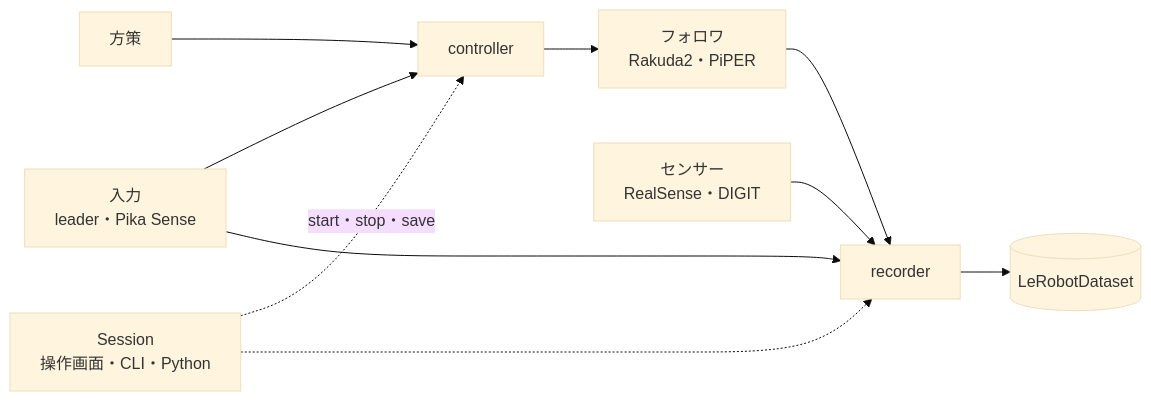
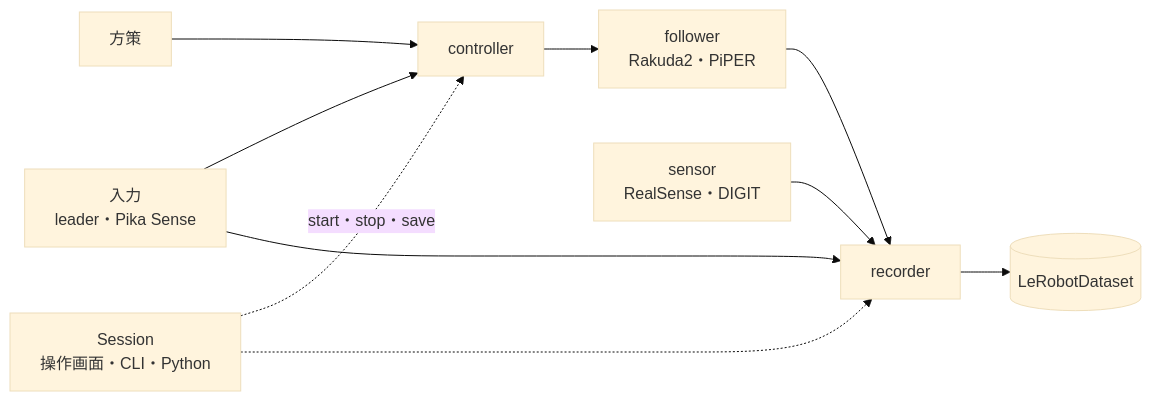
One commit to tetsugo02/roboloom changed the diagram in README.ja.md. Above: the diagram before and after it, drawn with Mermaid (base theme). The commit also changed other lines of this file and 74 other files, not shown here.

````diff
--- a/README.ja.md
+++ b/README.ja.md
@@ -23,13 +23,13 @@
 ```mermaid
 flowchart LR
   S["Session<br/>操作画面・CLI・Python"]
   I["入力<br/>leader・Pika Sense"] --> C["controller"]
   P["方策"] --> C
-  C --> F["フォロワ<br/>Rakuda2・PiPER"]
-  X["センサー<br/>RealSense・DIGIT"] --> R["recorder"]
+  C --> F["follower<br/>Rakuda2・PiPER"]
+  X["sensor<br/>RealSense・DIGIT"] --> R["recorder"]
   F --> R
   I --> R
   R --> D[("LeRobotDataset")]
   S -. "start・stop・save" .-> C
   S -.-> R
 ```
````
